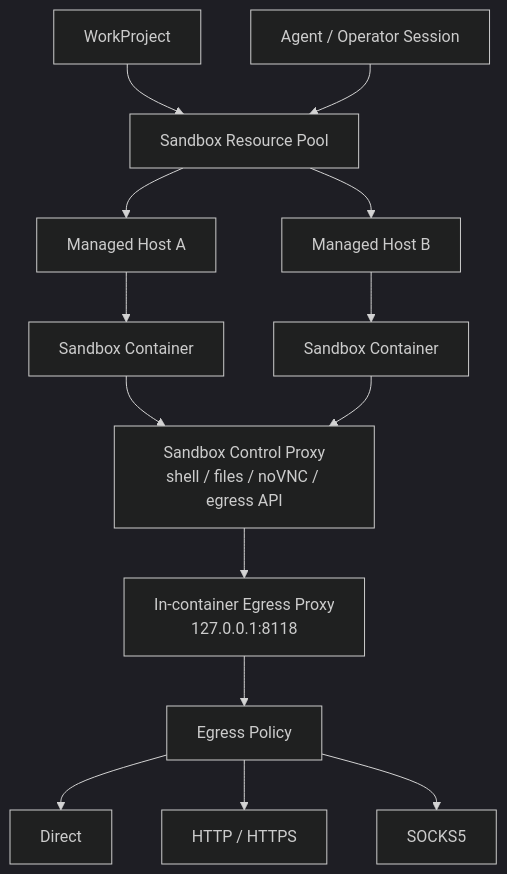
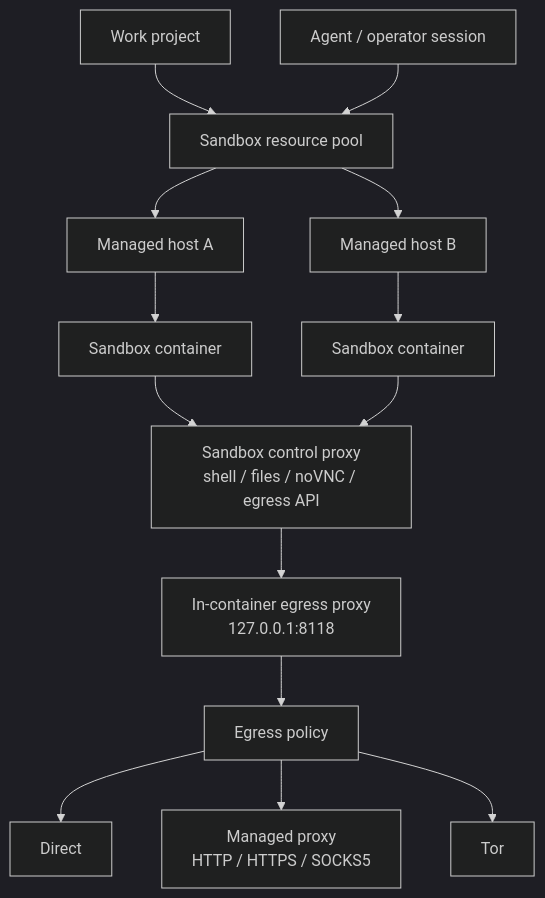
One commit to 1sLand99/Z3r0 changed the fourth of 4 diagrams in README.md. Above: the diagram before and after it, drawn with Mermaid (dark theme). The commit also changed other lines of this file and 32 other files, not shown here.

````diff
--- a/README.md
+++ b/README.md
@@ -180,26 +185,26 @@
 ```mermaid
 flowchart TB
-  Project["WorkProject"]
-  Runtime["Agent / Operator Session"]
-  Pool["Sandbox Resource Pool"]
-  HostA["Managed Host A"]
-  HostB["Managed Host B"]
-  ContainerA["Sandbox Container"]
-  ContainerB["Sandbox Container"]
-  Control["Sandbox Control Proxy<br/>shell / files / noVNC / egress API"]
-  LocalProxy["In-container Egress Proxy<br/>127.0.0.1:8118"]
-  Policy["Egress Policy"]
+  Project["Work project"]
+  Runtime["Agent / operator session"]
+  Pool["Sandbox resource pool"]
+  HostA["Managed host A"]
+  HostB["Managed host B"]
+  ContainerA["Sandbox container"]
+  ContainerB["Sandbox container"]
+  Control["Sandbox control proxy<br/>shell / files / noVNC / egress API"]
+  LocalProxy["In-container egress proxy<br/>127.0.0.1:8118"]
+  Policy["Egress policy"]
   Direct["Direct"]
-  HTTP["HTTP / HTTPS"]
-  SOCKS["SOCKS5"]
+  Proxy["Managed proxy<br/>HTTP / HTTPS / SOCKS5"]
+  TOR["Tor"]
 
   Project --> Pool
   Runtime --> Pool
   Pool --> HostA --> ContainerA
   Pool --> HostB --> ContainerB
   ContainerA --> Control --> LocalProxy --> Policy
   ContainerB --> Control
   Policy --> Direct
-  Policy --> HTTP
-  Policy --> SOCKS
+  Policy --> Proxy
+  Policy --> TOR
 ```
````
